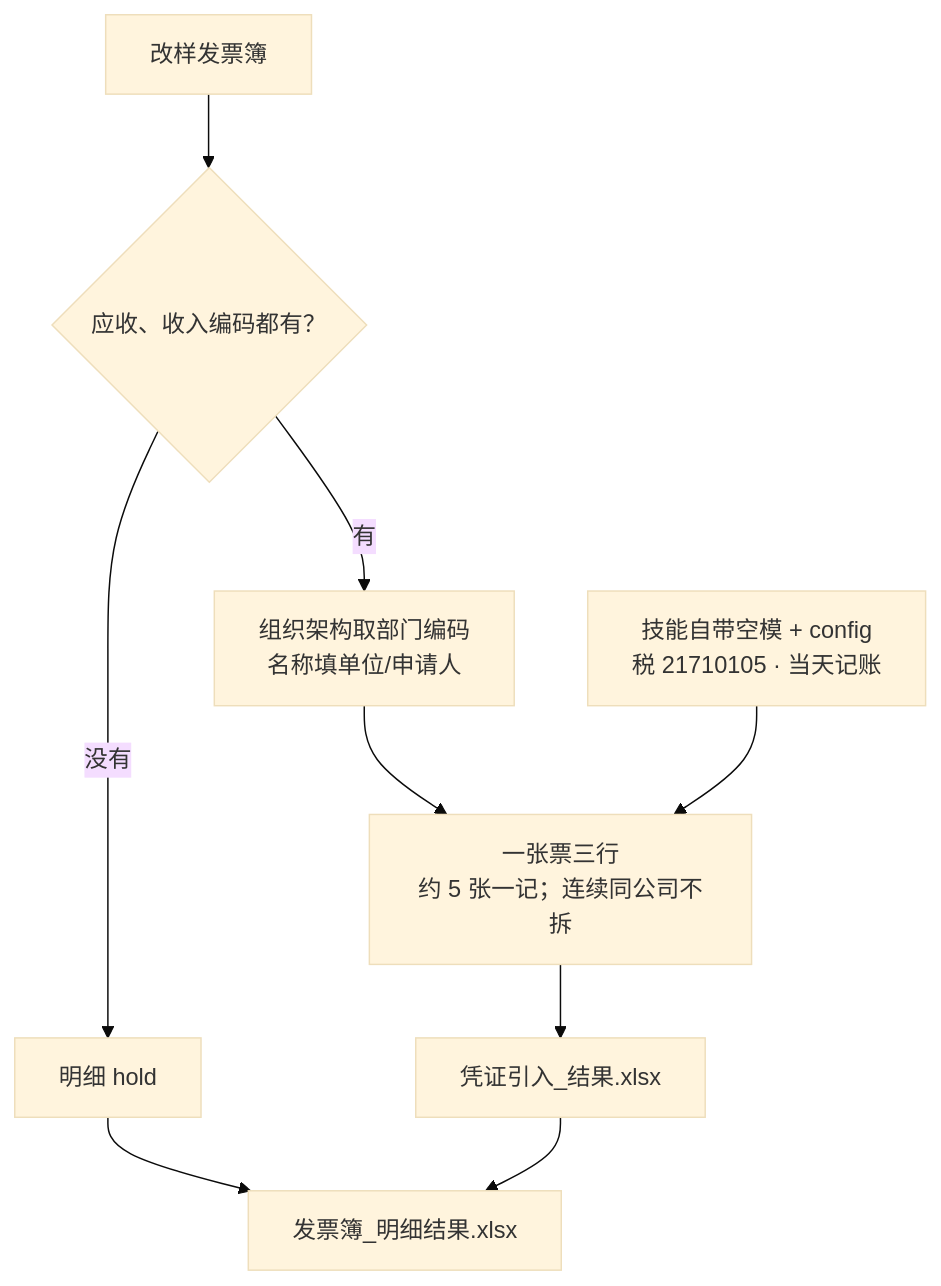
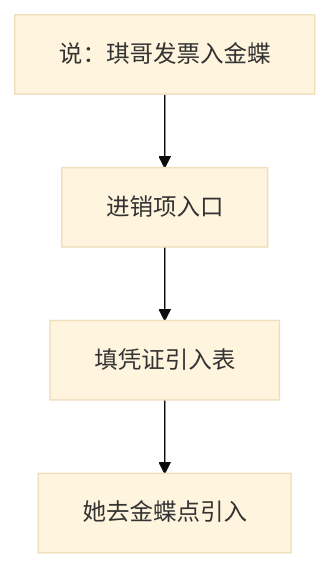
The diagram in skills/qige-invoice-to-kingdee/README.md (EvanLee2004/finance-skills), drawn with Mermaid (base theme) before and after one commit. The commit also changed 28 other files, not shown here.

````diff
--- a/skills/qige-invoice-to-kingdee/README.md
+++ b/skills/qige-invoice-to-kingdee/README.md
@@ -51,11 +51,6 @@
 ```mermaid
 flowchart TD
-  A["改样发票簿"] --> B{"应收、收入编码都有？"}
-  B -->|没有| H["明细 hold"]
-  B -->|有| C["组织架构取部门编码<br/>名称填单位/申请人"]
-  C --> D["一张票三行<br/>约 5 张一记；连续同公司不拆"]
-  D --> E["凭证引入_结果.xlsx"]
-  H --> F["发票簿_明细结果.xlsx"]
-  E --> F
-  R["技能自带空模 + config<br/>税 21710105 · 当天记账"] --> D
+  A["说：琪哥发票入金蝶"] --> B["进销项入口"]
+  B --> C["填凭证引入表"]
+  C --> D["她去金蝶点引入"]
 ```
````
